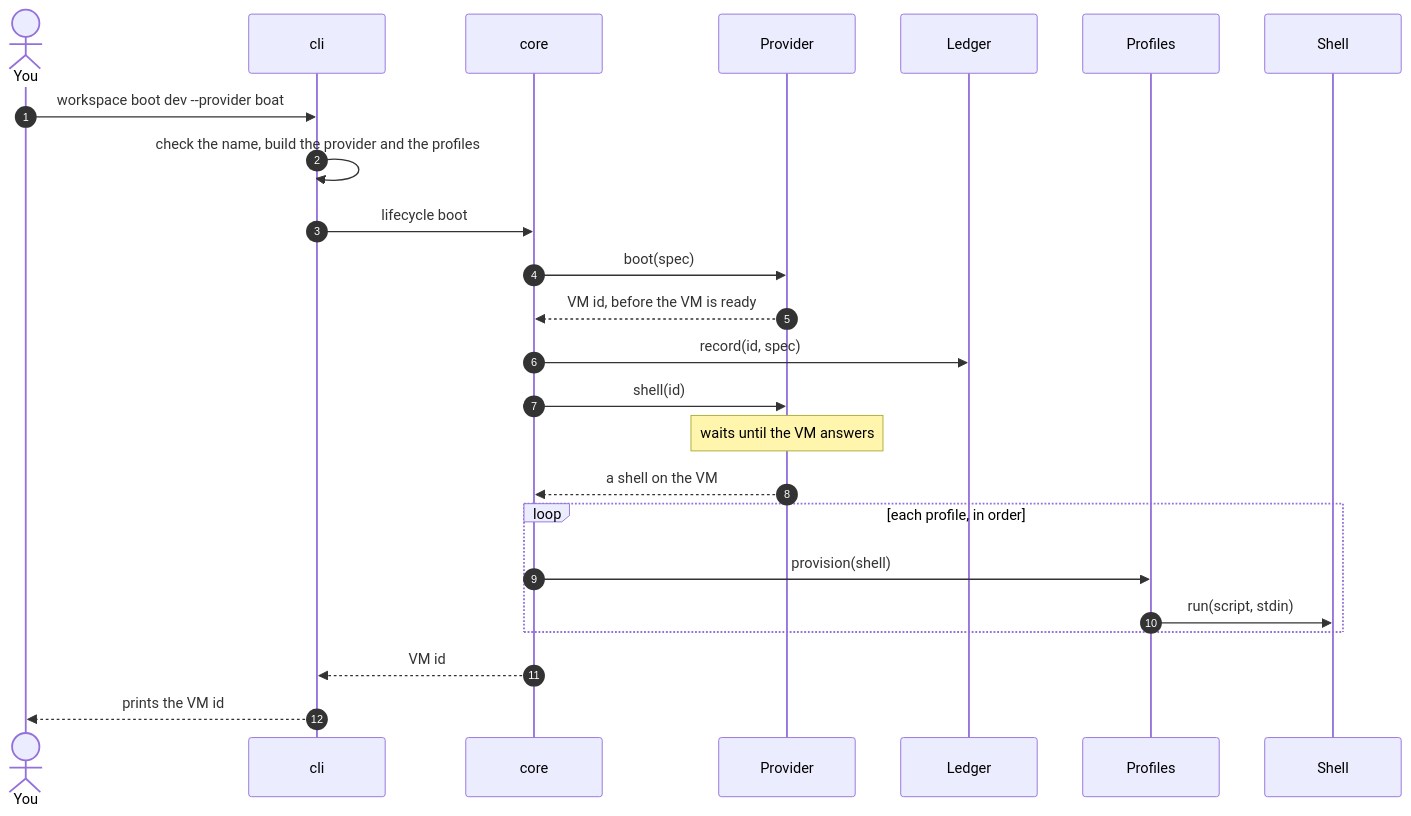
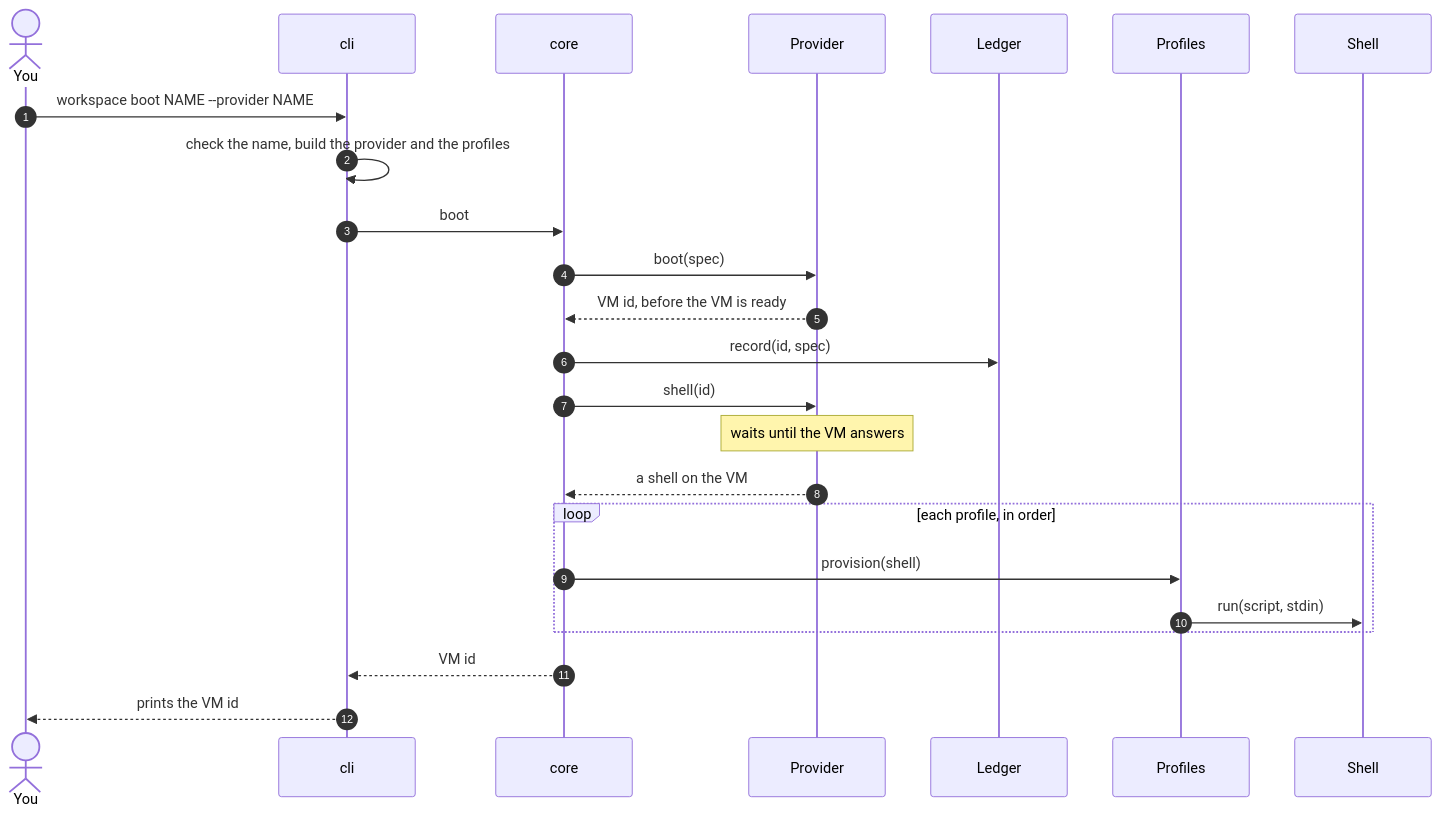
Before and after one commit to NextNodeSolutions/workspace: the third of 6 diagrams in docs/architecture.md, drawn with Mermaid. The commit also changed other lines of this file and 4 other files, not shown here.

````diff
--- a/docs/architecture.md
+++ b/docs/architecture.md
@@ -66,26 +60,26 @@
 ```mermaid
 sequenceDiagram
     autonumber
     actor You
     participant CLI as cli
     participant Core as core
     participant P as Provider
     participant L as Ledger
     participant Pr as Profiles
     participant S as Shell
-    You->>CLI: workspace boot dev --provider boat
+    You->>CLI: workspace boot NAME --provider NAME
     CLI->>CLI: check the name, build the provider and the profiles
-    CLI->>Core: lifecycle boot
+    CLI->>Core: boot
     Core->>P: boot(spec)
     P-->>Core: VM id, before the VM is ready
     Core->>L: record(id, spec)
     Core->>P: shell(id)
     Note over P: waits until the VM answers
     P-->>Core: a shell on the VM
     loop each profile, in order
         Core->>Pr: provision(shell)
         Pr->>S: run(script, stdin)
     end
     Core-->>CLI: VM id
     CLI-->>You: prints the VM id
 ```
````
